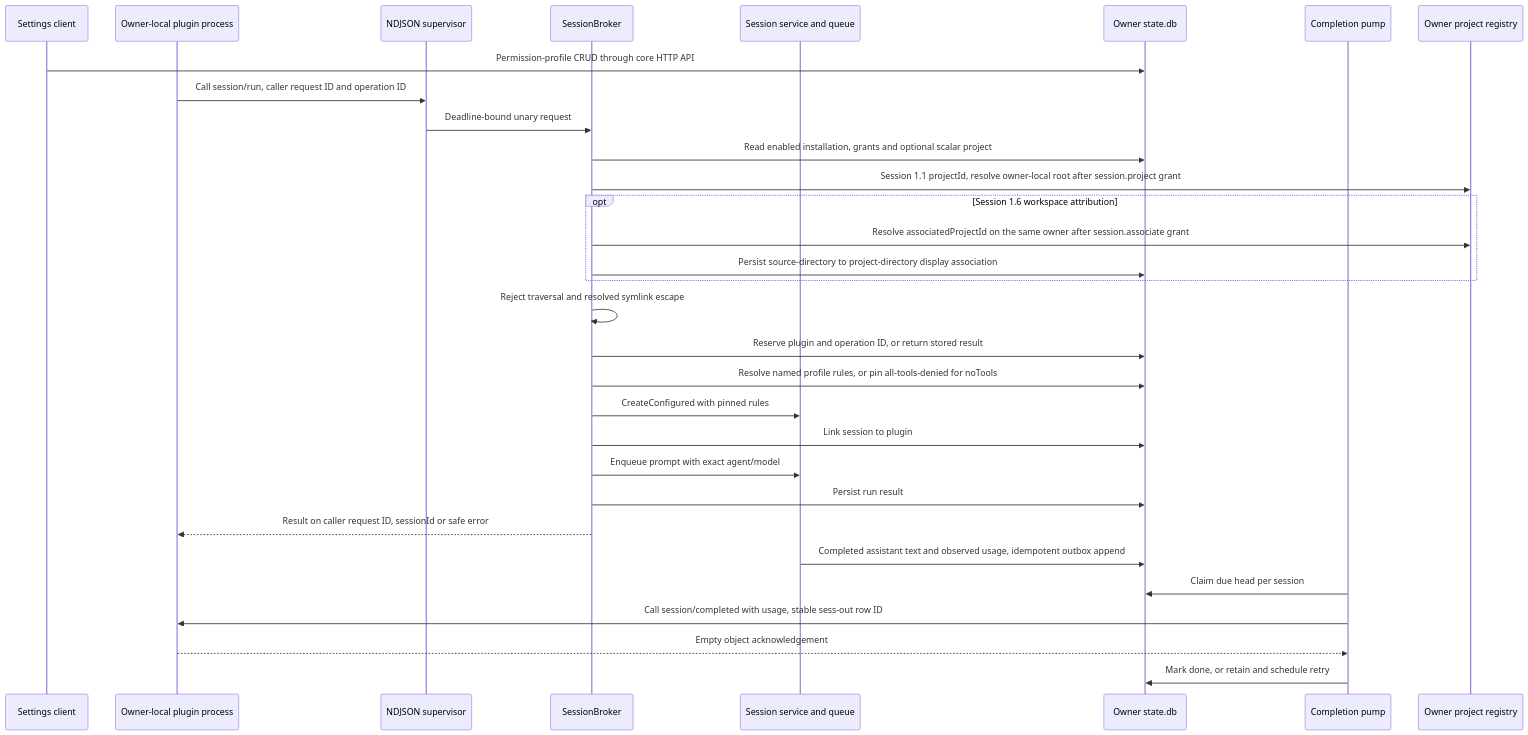
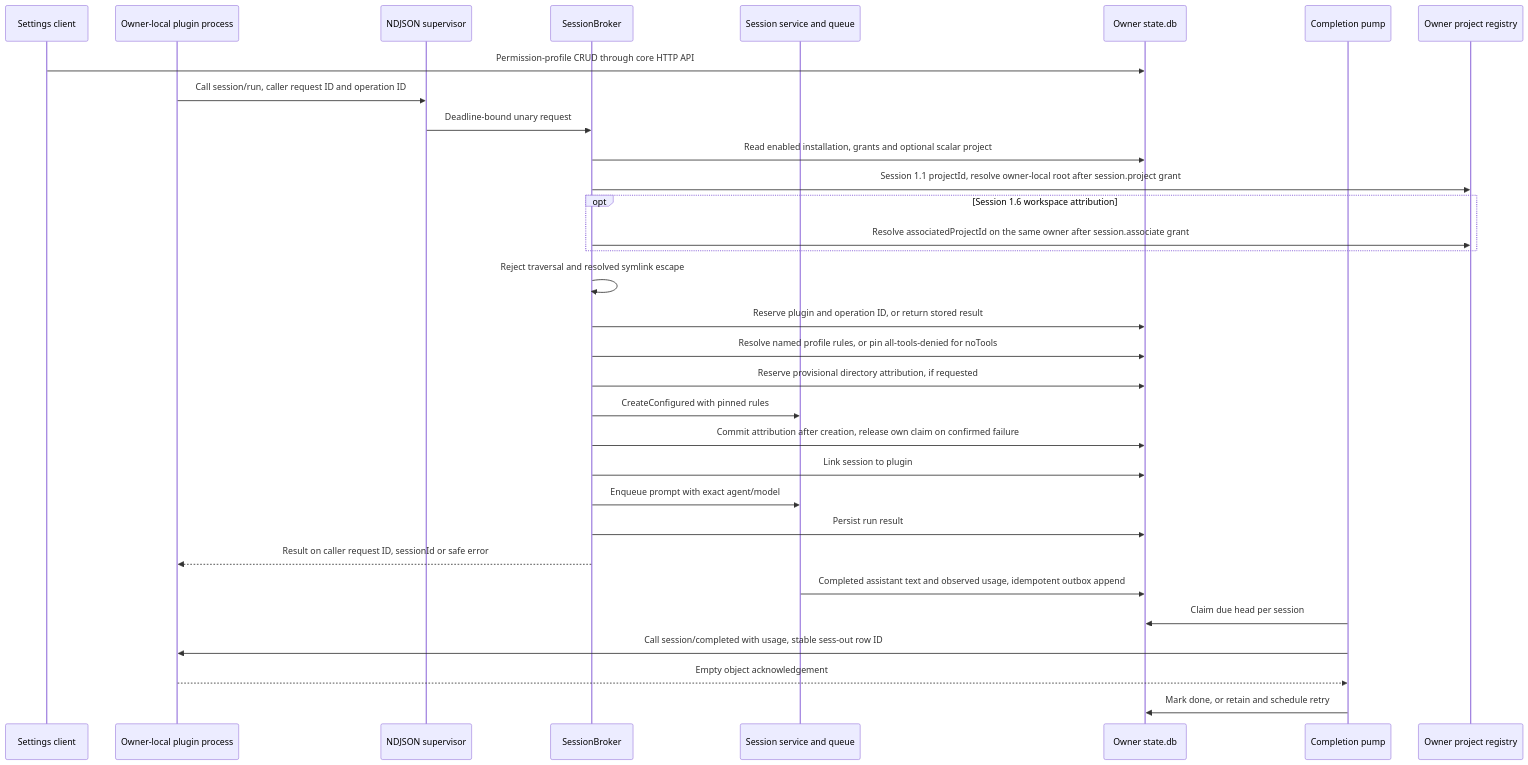
Diagram 21 of 21 in docs/other/architecture.md (ocman/ocman), drawn with Mermaid before and after one commit. The commit also changed other lines of this file and 8 other files, not shown here.

Commit message:
fix(plugins): release project claims after failed creation

````diff
--- a/docs/other/architecture.md
+++ b/docs/other/architecture.md
@@ -2456,34 +2456,35 @@
 ```mermaid
 sequenceDiagram
     participant U as Settings client
     participant P as Owner-local plugin process
     participant T as NDJSON supervisor
     participant B as SessionBroker
     participant S as Session service and queue
     participant D as Owner state.db
     participant O as Completion pump
     participant R as Owner project registry
 
     U->>D: Permission-profile CRUD through core HTTP API
     P->>T: Call session/run, caller request ID and operation ID
     T->>B: Deadline-bound unary request
     B->>D: Read enabled installation, grants and optional scalar project
     B->>R: Session 1.1 projectId, resolve owner-local root after session.project grant
     opt Session 1.6 workspace attribution
         B->>R: Resolve associatedProjectId on the same owner after session.associate grant
-        B->>D: Persist source-directory to project-directory display association
     end
     B->>B: Reject traversal and resolved symlink escape
     B->>D: Reserve plugin and operation ID, or return stored result
     B->>D: Resolve named profile rules, or pin all-tools-denied for noTools
+    B->>D: Reserve provisional directory attribution, if requested
     B->>S: CreateConfigured with pinned rules
+    B->>D: Commit attribution after creation, release own claim on confirmed failure
     B->>D: Link session to plugin
     B->>S: Enqueue prompt with exact agent/model
     B->>D: Persist run result
     B-->>P: Result on caller request ID, sessionId or safe error
     S->>D: Completed assistant text and observed usage, idempotent outbox append
     O->>D: Claim due head per session
     O->>P: Call session/completed with usage, stable sess-out row ID
     P-->>O: Empty object acknowledgement
     O->>D: Mark done, or retain and schedule retry
 ```
````
